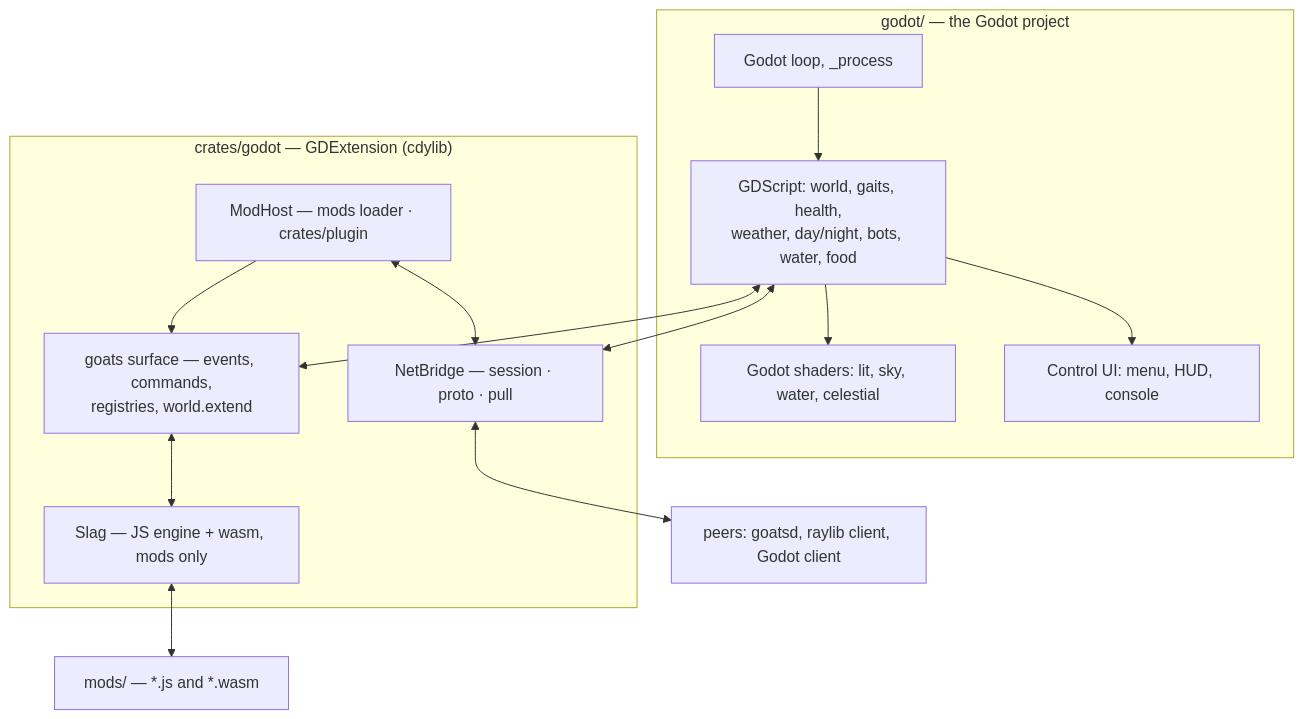
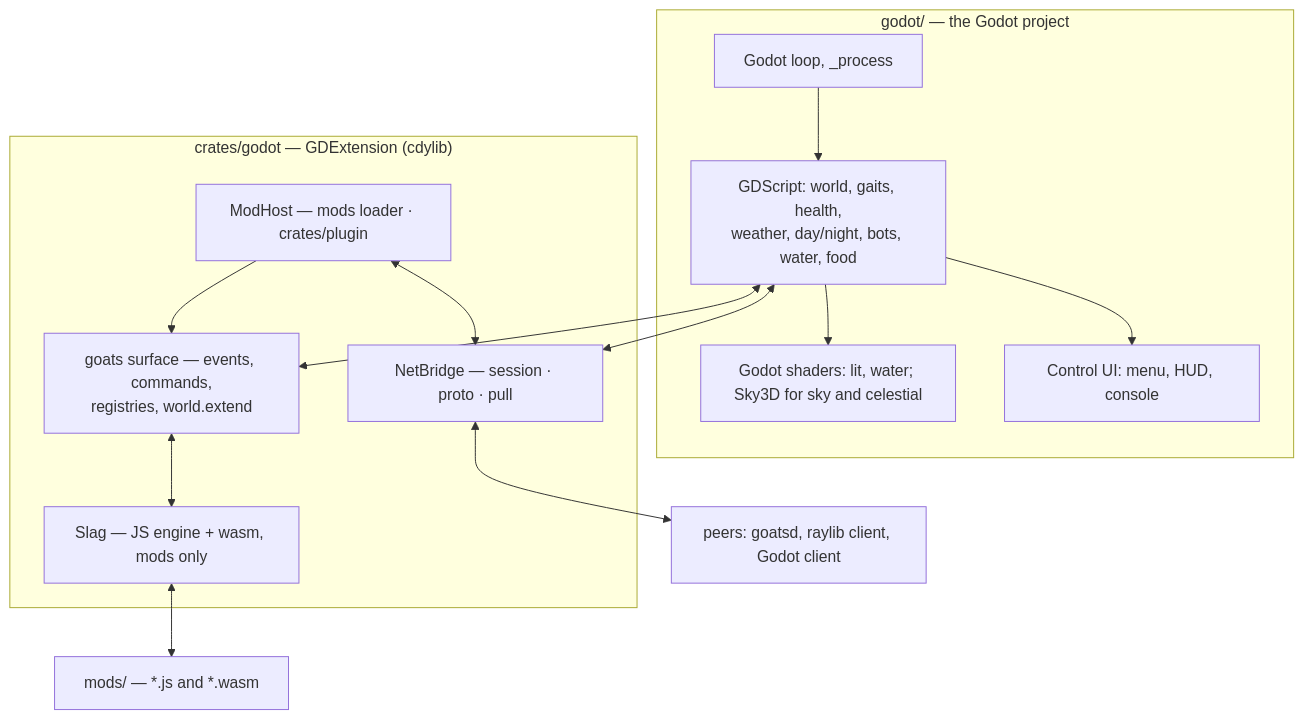
One commit to sdgoij/goats changed the diagram in godot/PORT.md. Above: the diagram before and after it, drawn with Mermaid. The commit also changed other lines of this file and 59 other files, not shown here.

````diff
--- a/godot/PORT.md
+++ b/godot/PORT.md
@@ -27,30 +27,30 @@
 ```mermaid
 flowchart TB
     subgraph godot["godot/ — the Godot project"]
         loop["Godot loop, _process"]
         core["GDScript: world, gaits, health,<br/>weather, day/night, bots, water, food"]
-        fx["Godot shaders: lit, sky, water, celestial"]
+        fx["Godot shaders: lit, water; Sky3D for sky and celestial"]
         ui["Control UI: menu, HUD, console"]
     end
 
     subgraph ext["crates/godot — GDExtension (cdylib)"]
         bridge["NetBridge — session · proto · pull"]
         modhost["ModHost — mods loader · crates/plugin"]
         slag["Slag — JS engine + wasm, mods only"]
         surface["goats surface — events, commands,<br/>registries, world.extend"]
     end
 
     mods["mods/ — *.js and *.wasm"]
     peers["peers: goatsd, raylib client, Godot client"]
 
     loop --> core
     core --> fx
     core --> ui
     core <--> surface
     surface <--> slag
     slag <--> mods
     core <--> bridge
     modhost --> surface
     modhost <--> bridge
     bridge <--> peers
 ```
````
